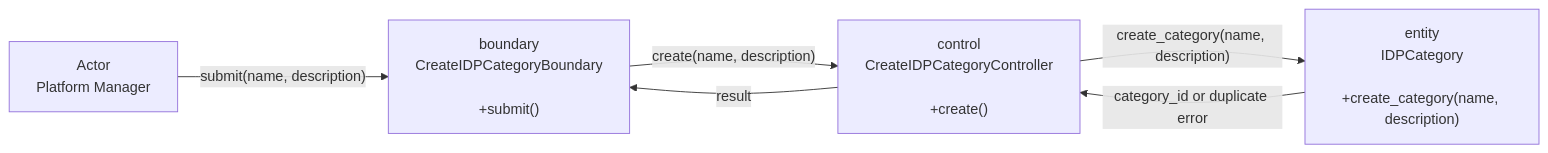
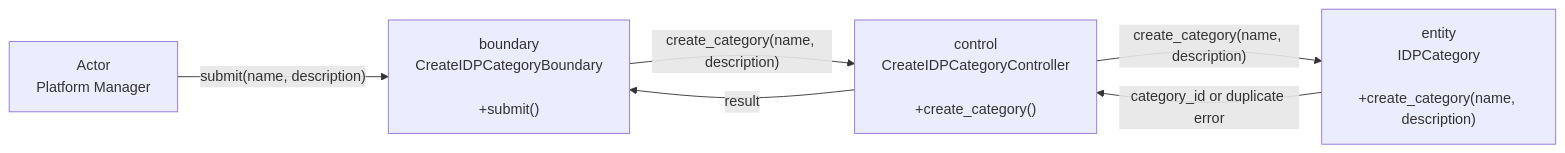
Before and after one commit to boyinapuddle/CSIT314-Chinese: the first of 2 diagrams in diagrams/US39_Create_IDP_Category/README.md, drawn with Mermaid. The commit also changed other lines of this file and 140 other files, not shown here.

````diff
--- a/diagrams/US39_Create_IDP_Category/README.md
+++ b/diagrams/US39_Create_IDP_Category/README.md
@@ -5,12 +5,12 @@
 ```mermaid
 flowchart LR
     N0["Actor<br/>Platform Manager"]
     N1["boundary<br/>CreateIDPCategoryBoundary<br/><br/>+submit()"]
-    N2["control<br/>CreateIDPCategoryController<br/><br/>+create()"]
+    N2["control<br/>CreateIDPCategoryController<br/><br/>+create_category()"]
     N3["entity<br/>IDPCategory<br/><br/>+create_category(name, description)"]
     N0 -->|"submit(name, description)"| N1
-    N1 -->|"create(name, description)"| N2
+    N1 -->|"create_category(name, description)"| N2
     N2 -->|"create_category(name, description)"| N3
     N3 -->|"category_id or duplicate error"| N2
     N2 -->|"result"| N1
 ```
````
